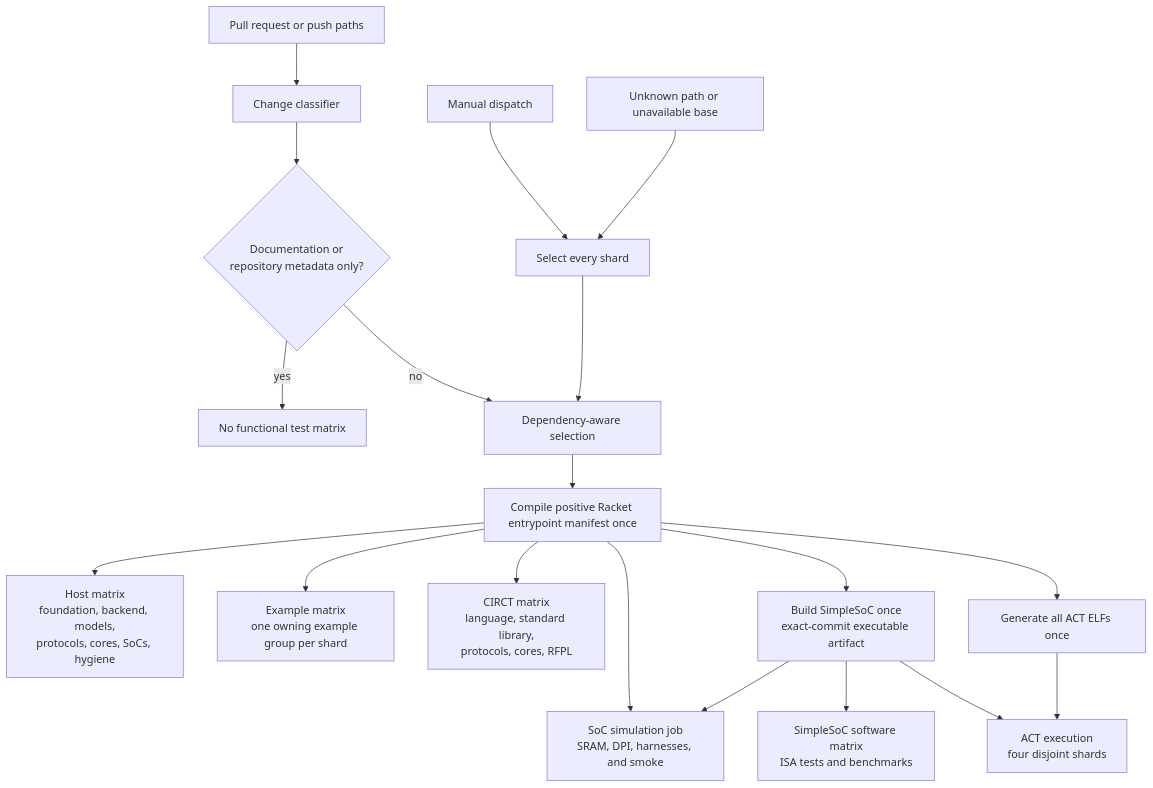
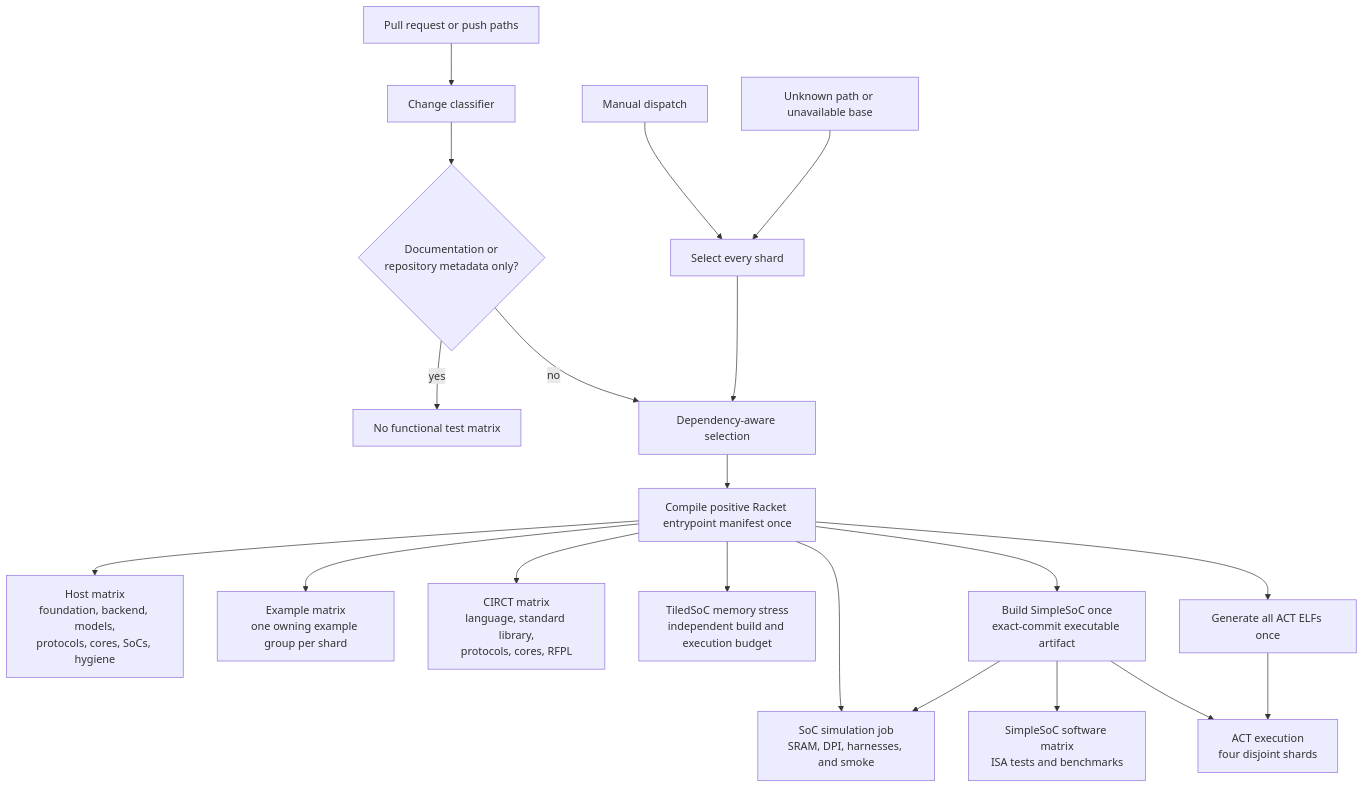
Before and after one commit to jerryz123/rhodium: the diagram in tests/DEVELOPING.md, drawn with Mermaid. The commit also changed other lines of this file and 7 other files, not shown here.

````diff
--- a/tests/DEVELOPING.md
+++ b/tests/DEVELOPING.md
@@ -62,21 +62,22 @@
 ```mermaid
 flowchart TD
     Changes["Pull request or push paths"] --> Classifier["Change classifier"]
     Manual["Manual dispatch"] --> All["Select every shard"]
     Unknown["Unknown path or unavailable base"] --> All
     Classifier --> Docs{"Documentation or<br/>repository metadata only?"}
     Docs -->|yes| None["No functional test matrix"]
     Docs -->|no| Selected["Dependency-aware selection"]
     All --> Selected
     Selected --> Compile["Compile positive Racket entrypoint manifest once"]
     Compile --> Host["Host matrix<br/>foundation, backend, models,<br/>protocols, cores, SoCs, hygiene"]
     Compile --> Examples["Example matrix<br/>one owning example group per shard"]
     Compile --> CIRCT["CIRCT matrix<br/>language, standard library,<br/>protocols, cores, RFPL"]
     Compile --> Simulation["SoC simulation job<br/>SRAM, DPI, harnesses, and smoke"]
+    Compile --> TiledMemory["TiledSoC memory stress<br/>independent build and execution budget"]
     Compile --> SimpleBuild["Build SimpleSoC once<br/>exact-commit executable artifact"]
     SimpleBuild --> Simulation
     SimpleBuild --> Programs["SimpleSoC software matrix<br/>ISA tests and benchmarks"]
     Compile --> ActBuild["Generate all ACT ELFs once"]
     SimpleBuild --> ActRun["ACT execution<br/>four disjoint shards"]
     ActBuild --> ActRun
 ```
````
